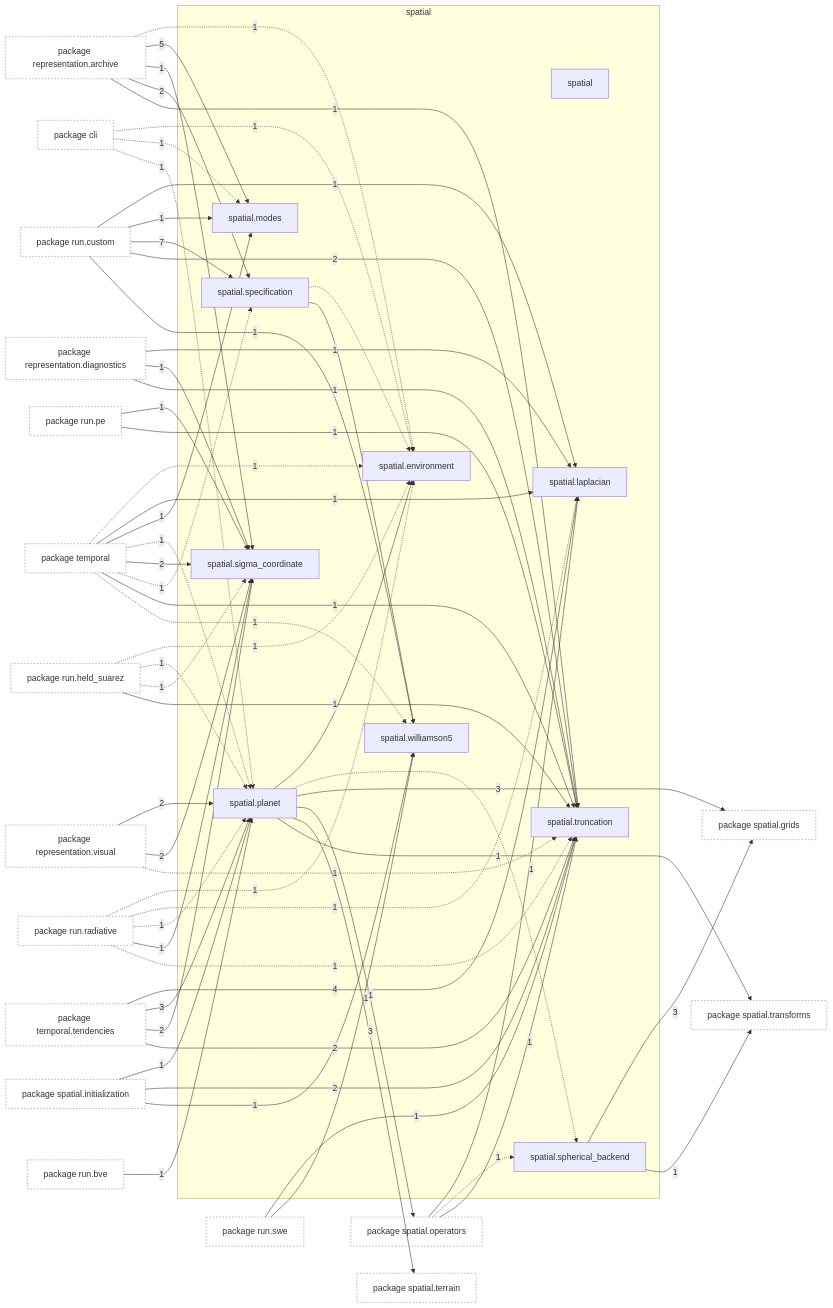
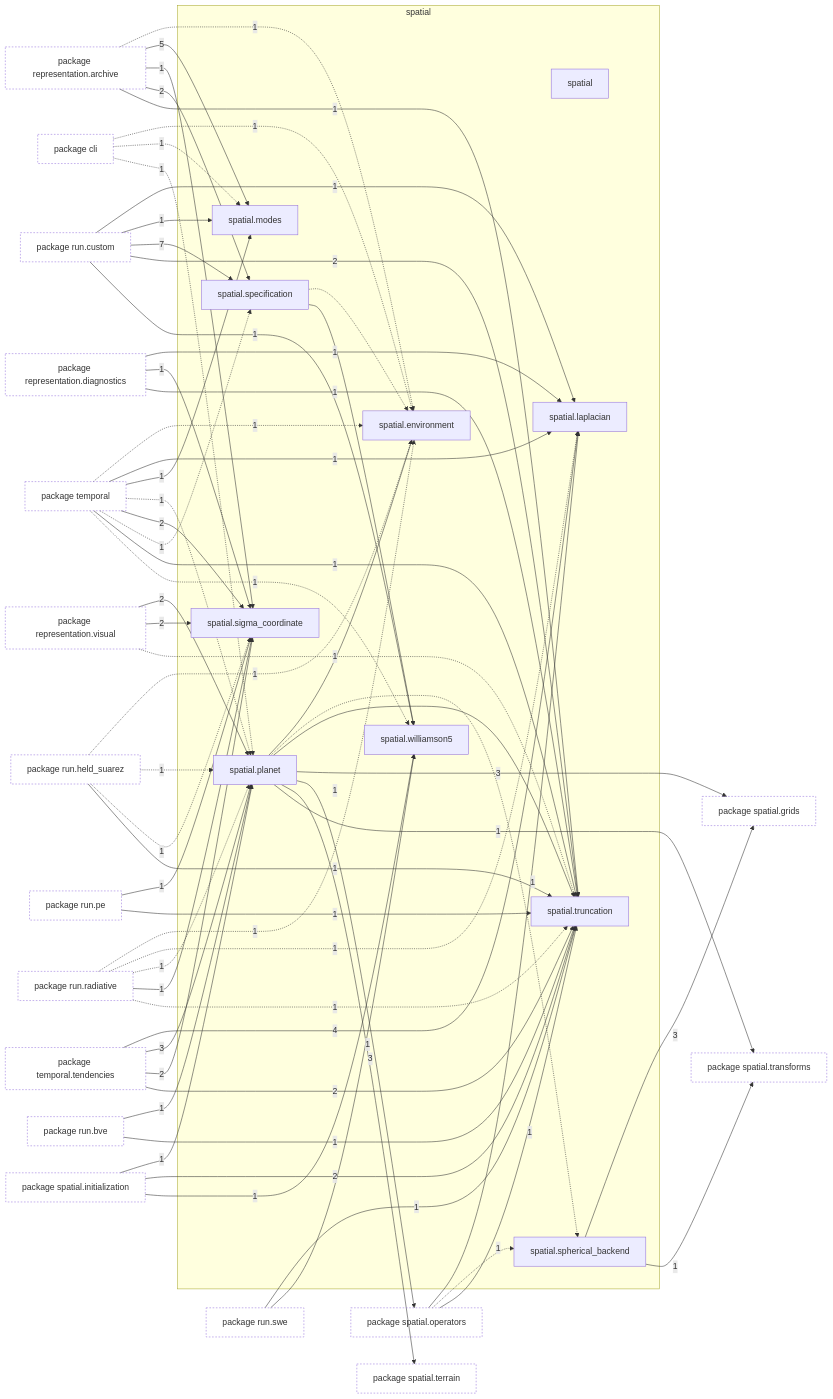
Before and after one commit to AlexandreEros/Palintropos: the first of 2 diagrams in docs/architecture/current/packages/tropoi.spatial.md, drawn with Mermaid. The commit also changed other lines of this file and 19 other files, not shown here.

First line of the commit message:
docs(architecture): refresh the snapshot for the lat-lon default

```diff
--- a/docs/architecture/current/packages/tropoi.spatial.md
+++ b/docs/architecture/current/packages/tropoi.spatial.md
@@ -60,6 +60,7 @@
     p_tropoi_otemporal_otendencies["package temporal.tendencies"]
     n_tropoi_ospatial_oplanet --> n_tropoi_ospatial_oenvironment
     n_tropoi_ospatial_oplanet -.-> n_tropoi_ospatial_ospherical__backend
+    n_tropoi_ospatial_oplanet --> n_tropoi_ospatial_otruncation
     n_tropoi_ospatial_ospecification -.-> n_tropoi_ospatial_oenvironment
     n_tropoi_ospatial_ospecification --> n_tropoi_ospatial_owilliamson5
     p_tropoi_ocli -.->|1| n_tropoi_ospatial_oenvironment
@@ -77,6 +78,7 @@
     p_tropoi_orepresentation_ovisual -->|2| n_tropoi_ospatial_osigma__coordinate
     p_tropoi_orepresentation_ovisual -.->|1| n_tropoi_ospatial_otruncation
     p_tropoi_orun_obve -->|1| n_tropoi_ospatial_oplanet
+    p_tropoi_orun_obve -->|1| n_tropoi_ospatial_otruncation
     p_tropoi_orun_ocustom -->|1| n_tropoi_ospatial_olaplacian
     p_tropoi_orun_ocustom -->|1| n_tropoi_ospatial_omodes
     p_tropoi_orun_ocustom -->|7| n_tropoi_ospatial_ospecification
```
